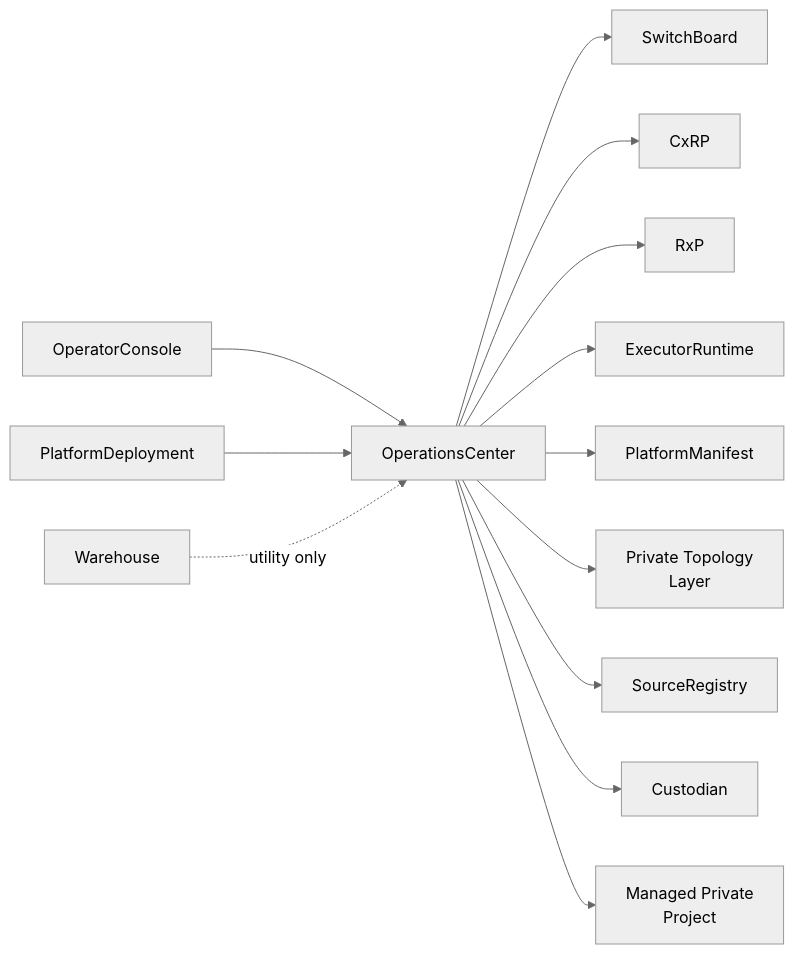
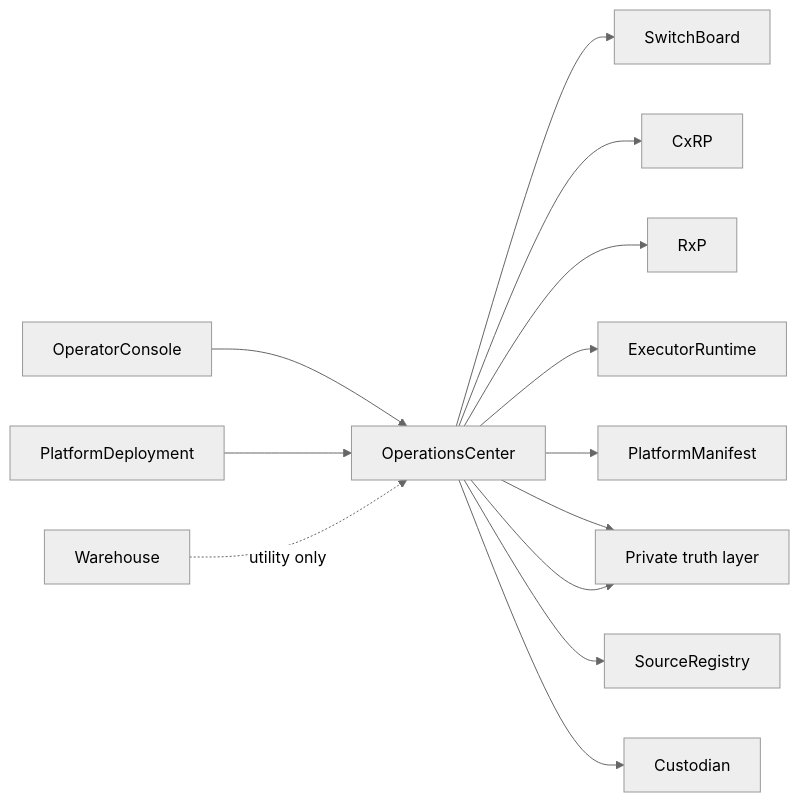
The second of 2 diagrams in docs/index.md (ProtocolWarden/ProtocolWarden.github.io), drawn with Mermaid (neutral theme) before and after one commit. The commit also changed other lines of this file and 26 other files, not shown here.

````diff
--- a/docs/index.md
+++ b/docs/index.md
@@ -92,29 +92,27 @@
 ```mermaid
 graph LR
     OC[OperatorConsole]
     OPS[OperationsCenter]
     SB[SwitchBoard]
     CX[CxRP]
     RX[RxP]
     ER[ExecutorRuntime]
     PM[PlatformManifest]
-    PRM[Private Topology\nLayer]
+    PT[Private truth layer]
     SR[SourceRegistry]
     WS[PlatformDeployment]
     CU[Custodian]
     WH[Warehouse]
-    MP[Managed Private\nProject]
-
     OC --> OPS
     OPS --> SB
     OPS --> CX
     OPS --> RX
     OPS --> ER
     OPS --> PM
-    OPS --> PRM
+    OPS --> PT
     OPS --> SR
     OPS --> CU
-    OPS --> MP
+    OPS --> PT
     WS --> OPS
     WH -. utility only .-> OPS
 ```
````
